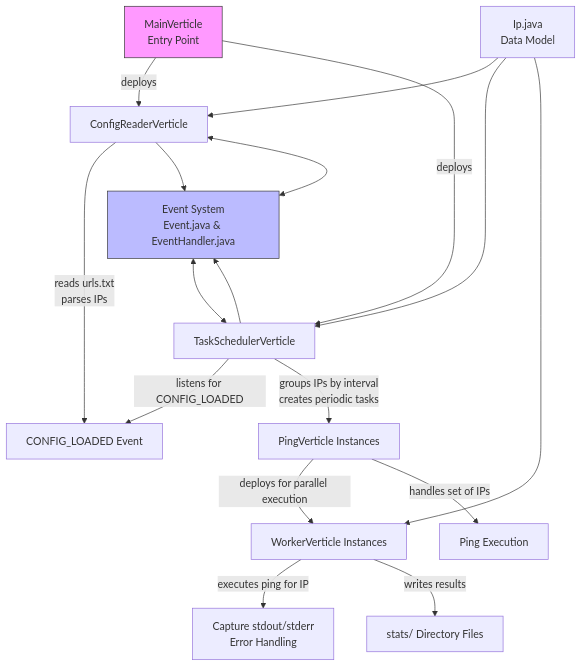
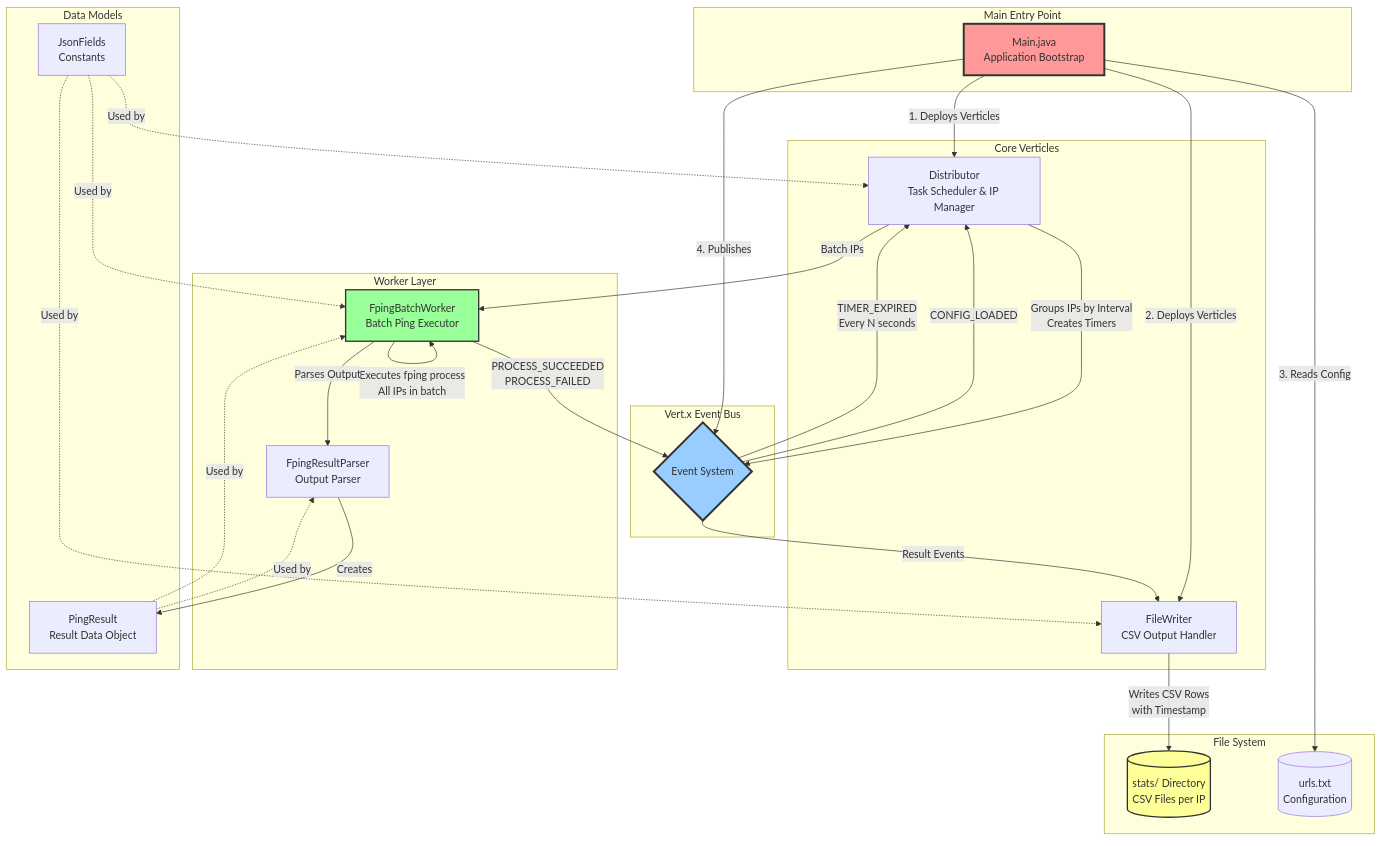
Before and after one commit to PremModhaOfficial/urlPoller: the first of 6 diagrams in architecture.md, drawn with Mermaid. The commit also changed other lines of this file and 28 other files, not shown here.

Commit message:
use Fping for batch use CSV Format for files ad-hoc

````diff
--- a/architecture.md
+++ b/architecture.md
@@ -1,30 +5,60 @@
 ```mermaid
-flowchart TD
-    A[MainVerticle<br/>Entry Point] -->|deploys| B[ConfigReaderVerticle]
-    A -->|deploys| C[TaskSchedulerVerticle]
+flowchart TB
+    subgraph Main["Main Entry Point"]
+        A[Main.java<br/>Application Bootstrap]
+    end
+    
+    subgraph Verticles["Core Verticles"]
+        B[Distributor<br/>Task Scheduler & IP Manager]
+        C[FileWriter<br/>CSV Output Handler]
+    end
+    
+    subgraph Workers["Worker Layer"]
+        D[FpingBatchWorker<br/>Batch Ping Executor]
+        E[FpingResultParser<br/>Output Parser]
+    end
+    
+    subgraph Models["Data Models"]
+        F[PingResult<br/>Result Data Object]
+        G[JsonFields<br/>Constants]
+    end
+    
+    subgraph EventBus["Vert.x Event Bus"]
+        H{Event System}
+    end
+    
+    subgraph Storage["File System"]
+        I[(stats/ Directory<br/>CSV Files per IP)]
+        J[(urls.txt<br/>Configuration)]
+    end
+    
+    A -->|1. Deploys Verticles| B
+    A -->|2. Deploys Verticles| C
+    A -->|3. Reads Config| J
+    A -->|4. Publishes| H
+    
+    H -->|CONFIG_LOADED| B
+    B -->|Groups IPs by Interval<br/>Creates Timers| H
+    H -->|TIMER_EXPIRED<br/>Every N seconds| B
+    
+    B -->|Batch IPs| D
+    D -->|Executes fping process<br/>All IPs in batch| D
+    D -->|Parses Output| E
+    E -->|Creates| F
+    
+    D -->|PROCESS_SUCCEEDED<br/>PROCESS_FAILED| H
+    H -->|Result Events| C
+    
+    C -->|Writes CSV Rows<br/>with Timestamp| I
+    
+    F -.->|Used by| E
+    F -.->|Used by| D
+    G -.->|Used by| B
+    G -.->|Used by| C
+    G -.->|Used by| D
 
-    B -->|reads urls.txt<br/>parses IPs| D[CONFIG_LOADED Event]
-    B --> EventSystem
-
-    C -->|listens for CONFIG_LOADED| D
-    C -->|groups IPs by interval<br/>creates periodic tasks| E[PingVerticle Instances]
-    C --> EventSystem
-
-    E -->|deploys for parallel execution| F[WorkerVerticle Instances]
-    E -->|handles set of IPs| G[Ping Execution]
-
-    F -->|executes ping for IP| H[Capture stdout/stderr<br/>Error Handling]
-    F -->|writes results| I[stats/ Directory Files]
-
-    EventSystem[Event System<br/>Event.java & EventHandler.java]
-    EventSystem <--> B
-    EventSystem <--> C
-
-    IpModel[Ip.java<br/>Data Model]
-    IpModel --> B
-    IpModel --> C
-    IpModel --> F
-
-    style A fill:#f9f,stroke:#333
-    style EventSystem fill:#bbf,stroke:#333
+    style A fill:#ff9999,stroke:#333,stroke-width:3px
+    style H fill:#99ccff,stroke:#333,stroke-width:3px
+    style D fill:#99ff99,stroke:#333,stroke-width:2px
+    style I fill:#ffff99,stroke:#333,stroke-width:2px
 ```
````
